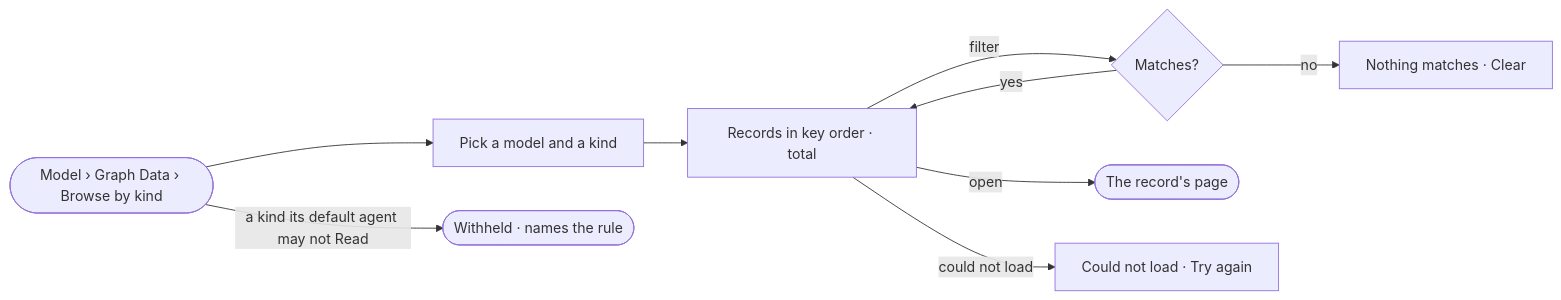
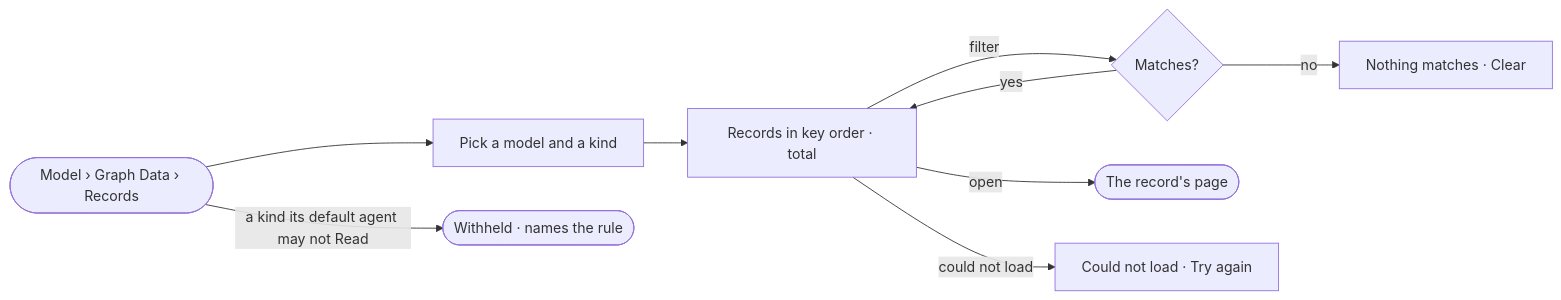
One commit to invana/invana changed the diagram in specs/capabilities/records/features/RC-F01-records-by-kind/stories/RC-01-browse-the-records-of-a-kind/story.md. Above: the diagram before and after it, drawn with Mermaid. The commit also changed other lines of this file and 5 other files, not shown here.

Commit message:
docs(specs): rename Graph Data's Browse by kind to Records

````diff
--- a/specs/capabilities/records/features/RC-F01-records-by-kind/stories/RC-01-browse-the-records-of-a-kind/story.md
+++ b/specs/capabilities/records/features/RC-F01-records-by-kind/stories/RC-01-browse-the-records-of-a-kind/story.md
@@ -27,10 +27,10 @@
 ```mermaid
 flowchart LR
-  a([Model › Graph Data › Browse by kind]) --> k[Pick a model and a kind] --> l[Records in key order · total]
+  a([Model › Graph Data › Records]) --> k[Pick a model and a kind] --> l[Records in key order · total]
   l -->|filter| fl{Matches?}
   fl -->|no| ef[Nothing matches · Clear]
   fl -->|yes| l
   l -->|open| r([The record's page])
   l -->|could not load| f[Could not load · Try again]
   a -->|a kind its default agent may not Read| w([Withheld · names the rule])
 ```
````
